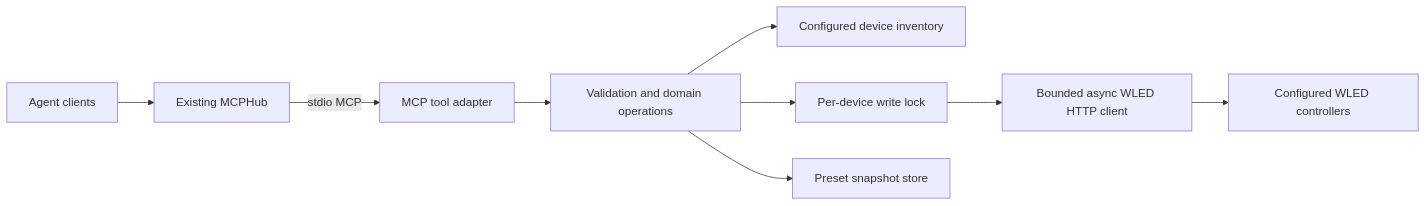
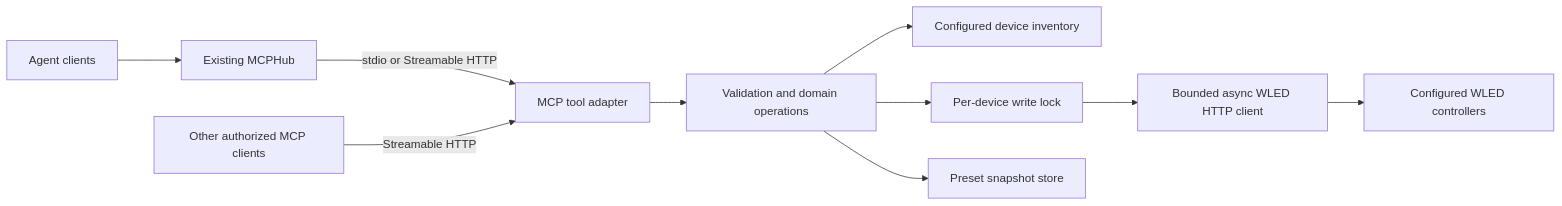
The diagram in docs/ARCHITECTURE.md (descipar/wled-mcp), drawn with Mermaid before and after one commit. The commit also changed other lines of this file and 12 other files, not shown here.

Commit message:
Require Streamable HTTP alongside uvx stdio and update backlog

````diff
--- a/docs/ARCHITECTURE.md
+++ b/docs/ARCHITECTURE.md
@@ -5,11 +5,12 @@
 ```mermaid
 flowchart LR
   A[Agent clients] --> H[Existing MCPHub]
-  H -->|stdio MCP| M[MCP tool adapter]
+  H -->|stdio or Streamable HTTP| M[MCP tool adapter]
+  X[Other authorized MCP clients] -->|Streamable HTTP| M
   M --> V[Validation and domain operations]
   V --> I[Configured device inventory]
   V --> L[Per-device write lock]
   V --> B[Preset snapshot store]
   L --> C[Bounded async WLED HTTP client]
   C --> W[Configured WLED controllers]
 ```
````
